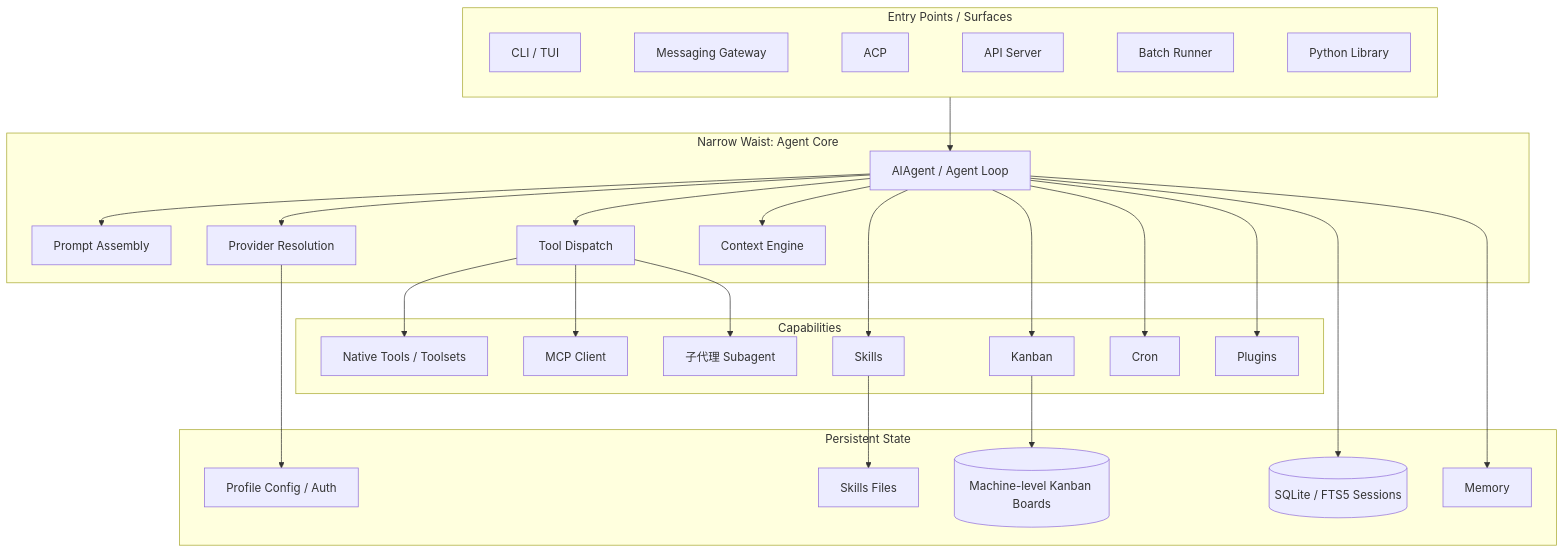
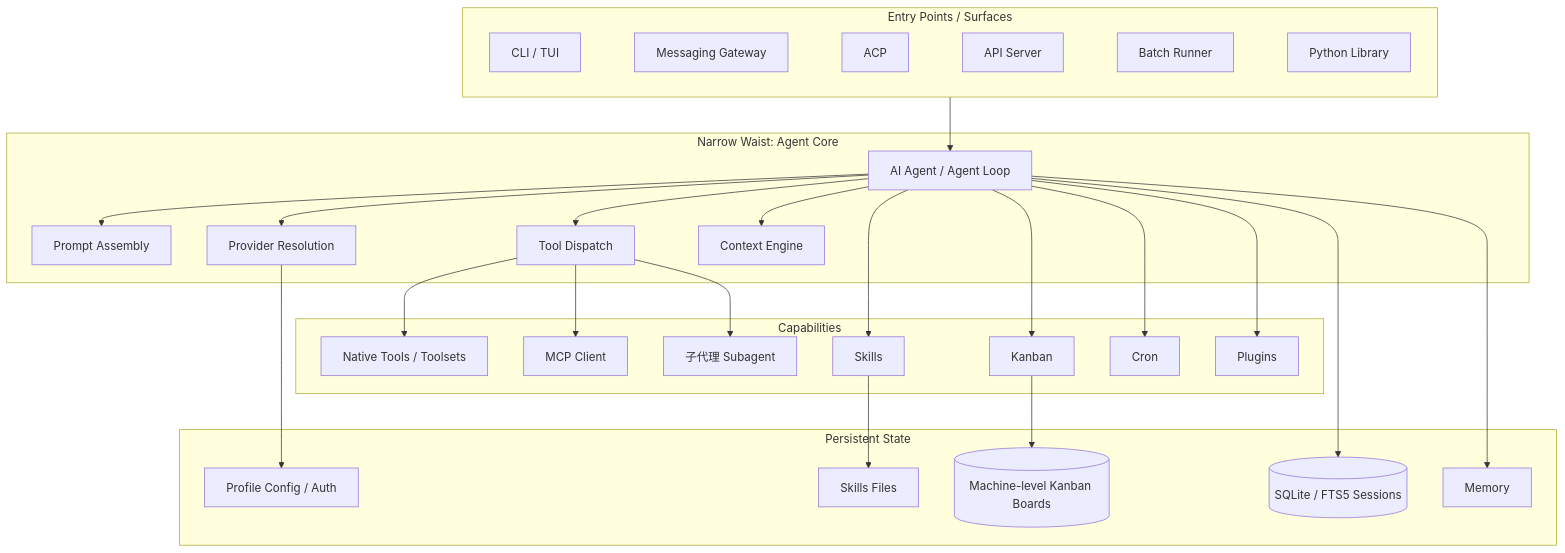
Before and after one commit to qixiaoz/hermes-agent-wiki: the first of 7 diagrams in 06-architecture.md, drawn with Mermaid. The commit also changed other lines of this file, not shown here.

Commit message:
docs: use AI Agent as display name

````diff
--- a/06-architecture.md
+++ b/06-architecture.md
@@ -7,57 +7,57 @@
 ```mermaid
 flowchart TB
     subgraph Entry["Entry Points / Surfaces"]
       direction LR
       CLI[CLI / TUI]
       GW[Messaging Gateway]
       ACP[ACP]
       API[API Server]
       BATCH[Batch Runner]
       PY[Python Library]
       CLI ~~~ GW ~~~ ACP ~~~ API ~~~ BATCH ~~~ PY
     end
 
     subgraph Core["Narrow Waist: Agent Core"]
-      AG[AIAgent / Agent Loop]
+      AG[AI Agent / Agent Loop]
       PB[Prompt Assembly]
       PR[Provider Resolution]
       TD[Tool Dispatch]
       CE[Context Engine]
     end
 
     subgraph Cap["Capabilities"]
       TOOLS[Native Tools / Toolsets]
       MCP[MCP Client]
       SK[Skills]
       SUB[子代理 Subagent]
       KB[Kanban]
       CRON[Cron]
       PLUG[Plugins]
     end
 
     subgraph State["Persistent State"]
       SS[(SQLite / FTS5 Sessions)]
       MEM[Memory]
       SKFS[Skills Files]
       KDB[(Machine-level Kanban Boards)]
       CFG[Profile Config / Auth]
     end
 
     Entry --> AG
     AG --> PB
     AG --> PR
     AG --> TD
     AG --> CE
     TD --> TOOLS
     TD --> MCP
     TD --> SUB
     AG --> SK
     AG --> KB
     AG --> CRON
     AG --> PLUG
     AG --> SS
     AG --> MEM
     SK --> SKFS
     KB --> KDB
     PR --> CFG
 ```
````
